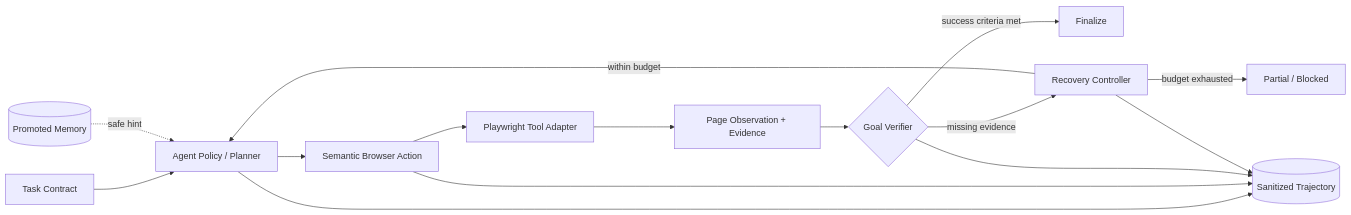
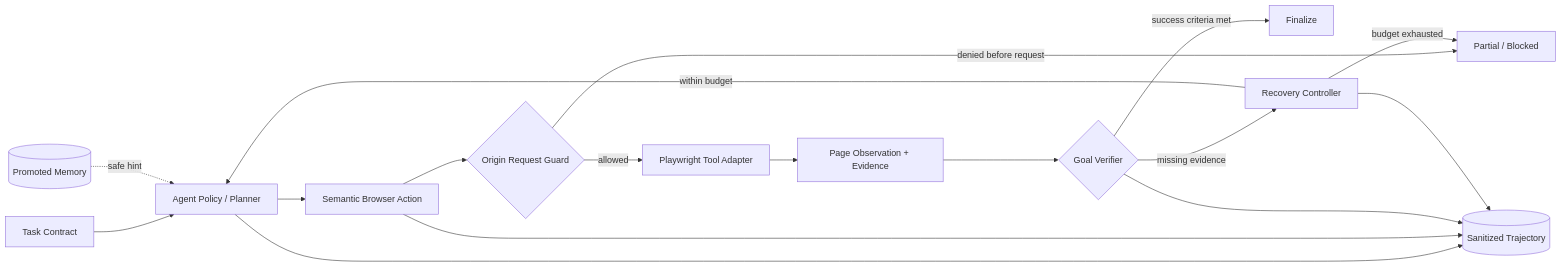
One commit to wkaixuan677-arch/browser-agent-runtime-lite changed the first of 2 diagrams in docs/ARCHITECTURE.md. Above: the diagram before and after it, drawn with Mermaid. The commit also changed other lines of this file and 15 other files, not shown here.

````diff
--- a/docs/ARCHITECTURE.md
+++ b/docs/ARCHITECTURE.md
@@ -3,17 +3,19 @@
 ```mermaid
 flowchart LR
     U[Task Contract] --> P[Agent Policy / Planner]
     P --> A[Semantic Browser Action]
-    A --> B[Playwright Tool Adapter]
+    A --> G{Origin Request Guard}
+    G -->|allowed| B[Playwright Tool Adapter]
+    G -->|denied before request| X[Blocked]
     B --> O[Page Observation + Evidence]
     O --> V{Goal Verifier}
     V -->|success criteria met| F[Finalize]
     V -->|missing evidence| R[Recovery Controller]
     R -->|within budget| P
     R -->|budget exhausted| X[Partial / Blocked]
     M[(Promoted Memory)] -. safe hint .-> P
     P --> T[(Sanitized Trajectory)]
     A --> T
     V --> T
     R --> T
 ```
````
